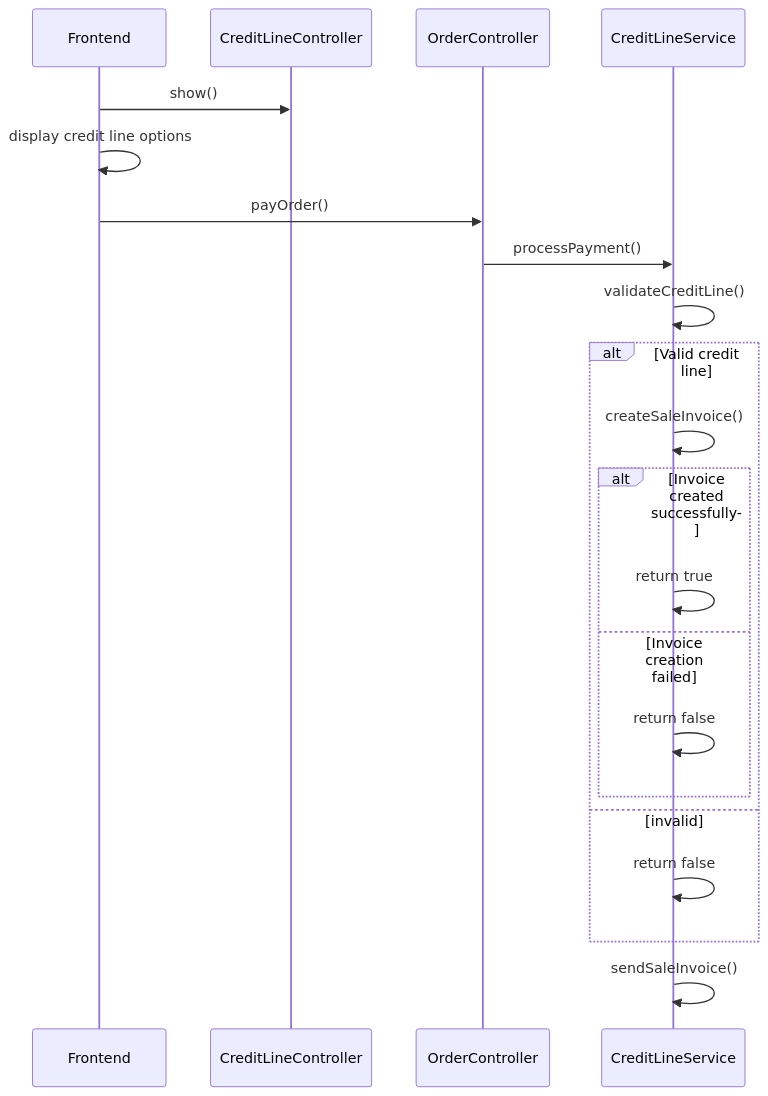
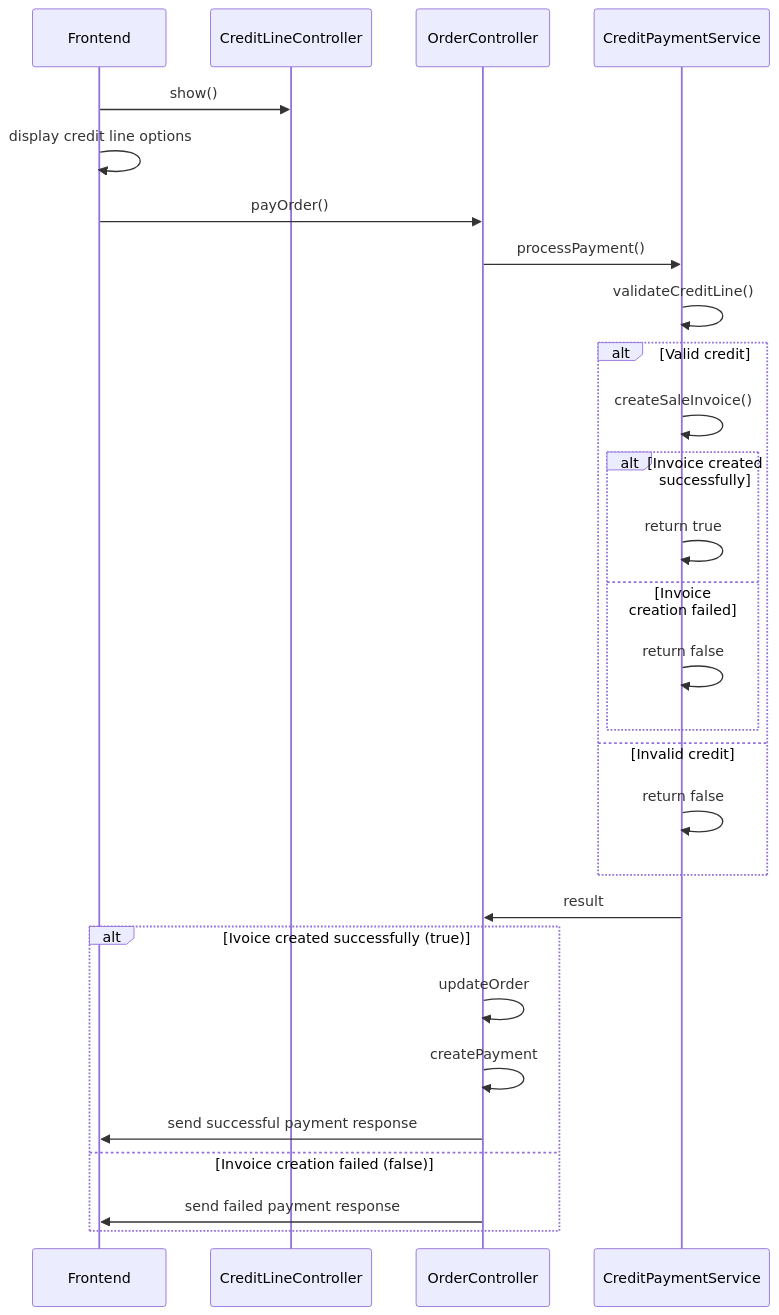
One commit to Ideas-Digitales/socomarca-backend changed the diagram in credit-payment.mmd. Above: the diagram before and after it, drawn with Mermaid.

Commit message:
feat(payment): update credit payment flow and improve invoice handling

```diff
--- a/credit-payment.mmd
+++ b/credit-payment.mmd
@@ -1,23 +1,30 @@
 sequenceDiagram
     participant f as Frontend
     participant c as CreditLineController
     participant oc as OrderController
-    participant cs as CreditLineService
+    participant cs as CreditPaymentService
 
     f->>c: show()
     f->>f: display credit line options
     f->>oc: payOrder()
     oc->>cs: processPayment()
     cs->>cs: validateCreditLine()
-    alt Valid credit line
+    alt Valid credit
         cs->>cs: createSaleInvoice()
 
         alt Invoice created successfully
             cs->>cs: return true
         else Invoice creation failed
             cs->>cs: return false
         end
-    else invalid
+    else Invalid credit
         cs->>cs: return false
     end
-    cs->>cs: sendSaleInvoice()
+    cs->>oc: result
+    alt Ivoice created successfully (true)
+        oc->>oc: updateOrder
+        oc->>oc: createPayment
+        oc->>f: send successful payment response
+    else Invoice creation failed (false)
+        oc->>f: send failed payment response
+    end
```
